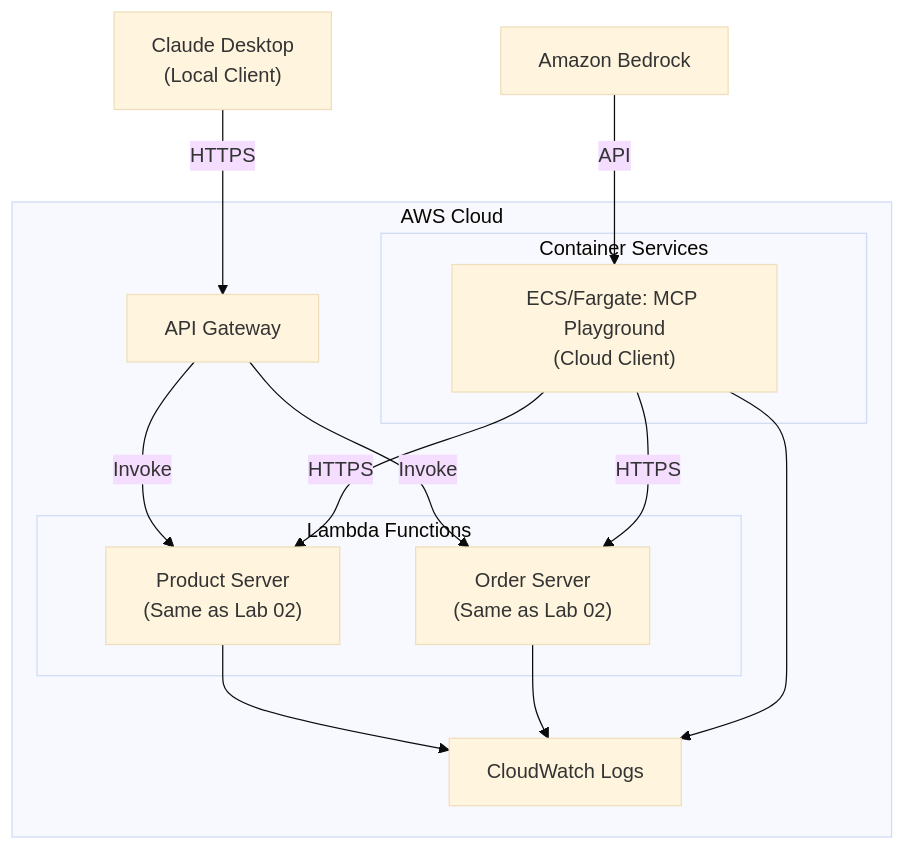
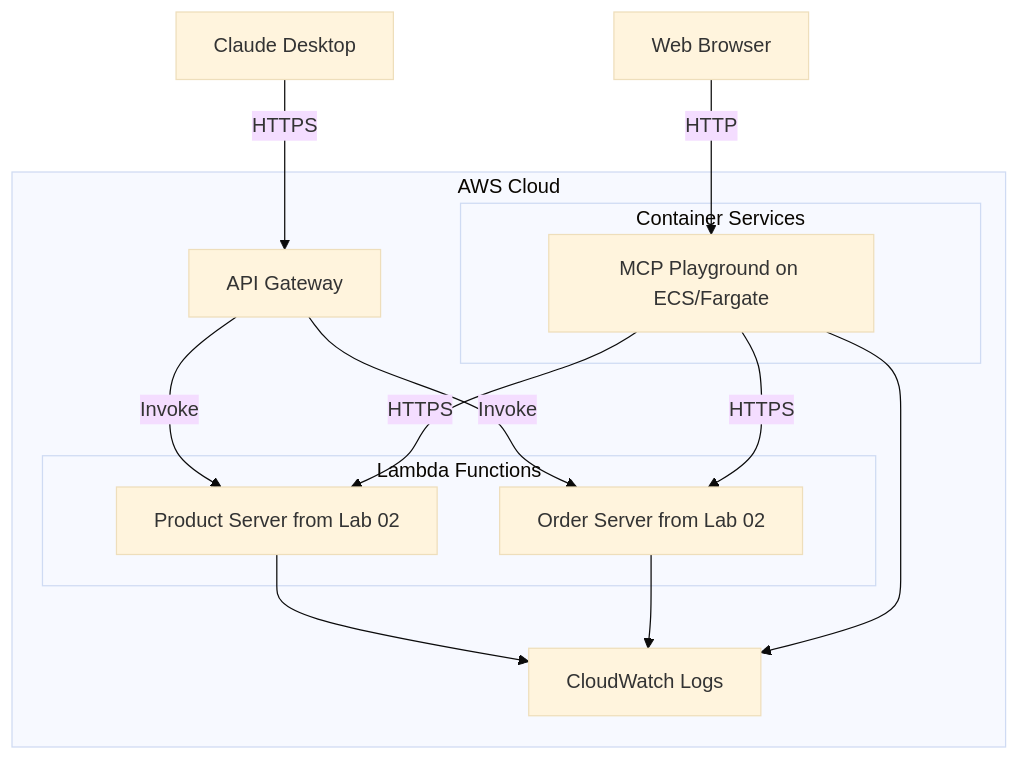
The diagram in lab03-aws-cloud-deployment/README.md (tsynode/mcp-workshop), drawn with Mermaid (base theme) before and after one commit.

Commit message:
Update Mermaid diagram: correct Web Browser label and simplify node labels for better GitHub rendering

````diff
--- a/lab03-aws-cloud-deployment/README.md
+++ b/lab03-aws-cloud-deployment/README.md
@@ -20,26 +20,26 @@
 ```mermaid
 graph TD
-    A["Claude Desktop\n(Local Client)"] -->|HTTPS| B[API Gateway]
+    A[Claude Desktop] -->|HTTPS| B[API Gateway]
     B -->|Invoke| C[Lambda: Product Server]
     B -->|Invoke| D[Lambda: Order Server]
     
-    E[Amazon Bedrock] -->|API| G["ECS/Fargate: MCP Playground\n(Cloud Client)"]
+    E[Web Browser] -->|HTTP| G[MCP Playground on ECS/Fargate]
     G -->|HTTPS| C
     G -->|HTTPS| D
     
     subgraph "AWS Cloud"
         B
         subgraph "Lambda Functions"
-            C["Product Server\n(Same as Lab 02)"]
-            D["Order Server\n(Same as Lab 02)"]
+            C[Product Server from Lab 02]
+            D[Order Server from Lab 02]
         end
         subgraph "Container Services"
             G
         end
         F[CloudWatch Logs]
     end
     
     C --> F
     D --> F
     G --> F
 ```
````
